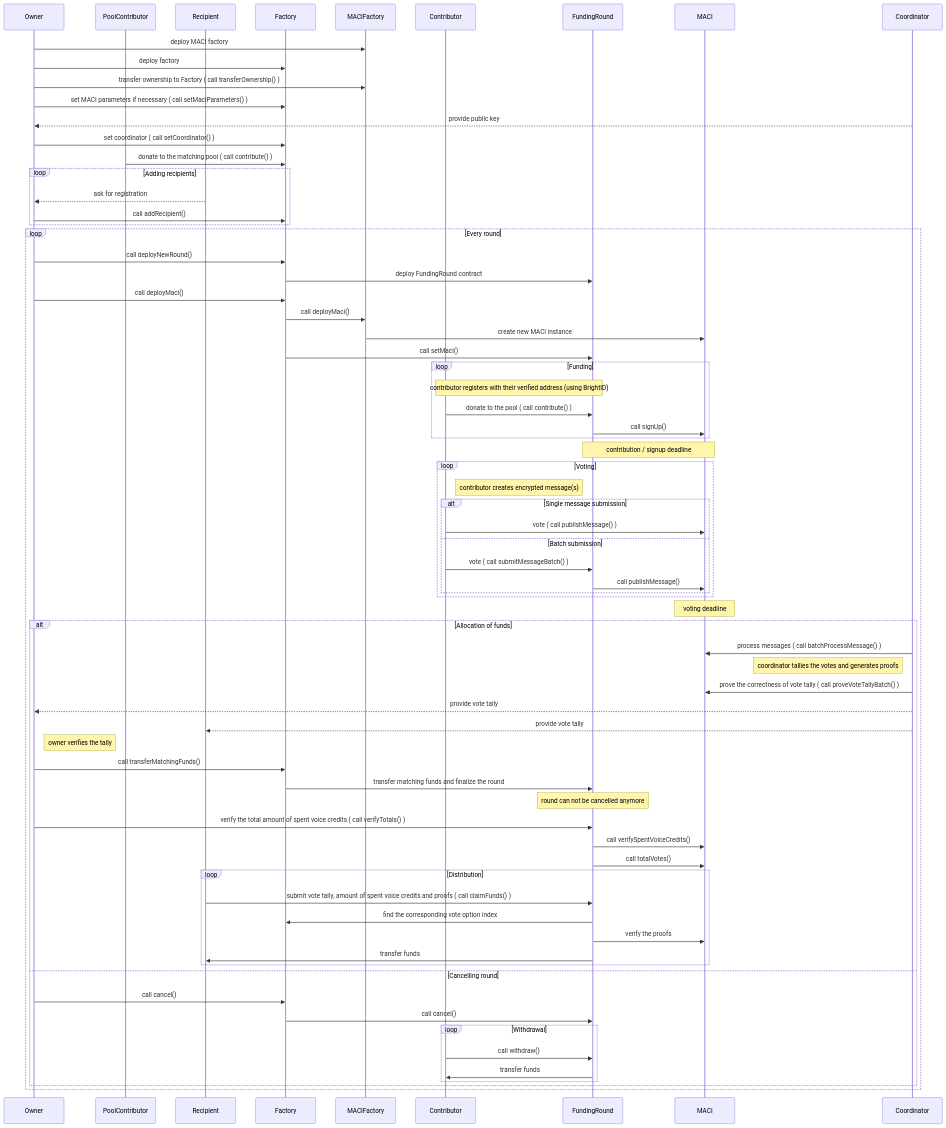
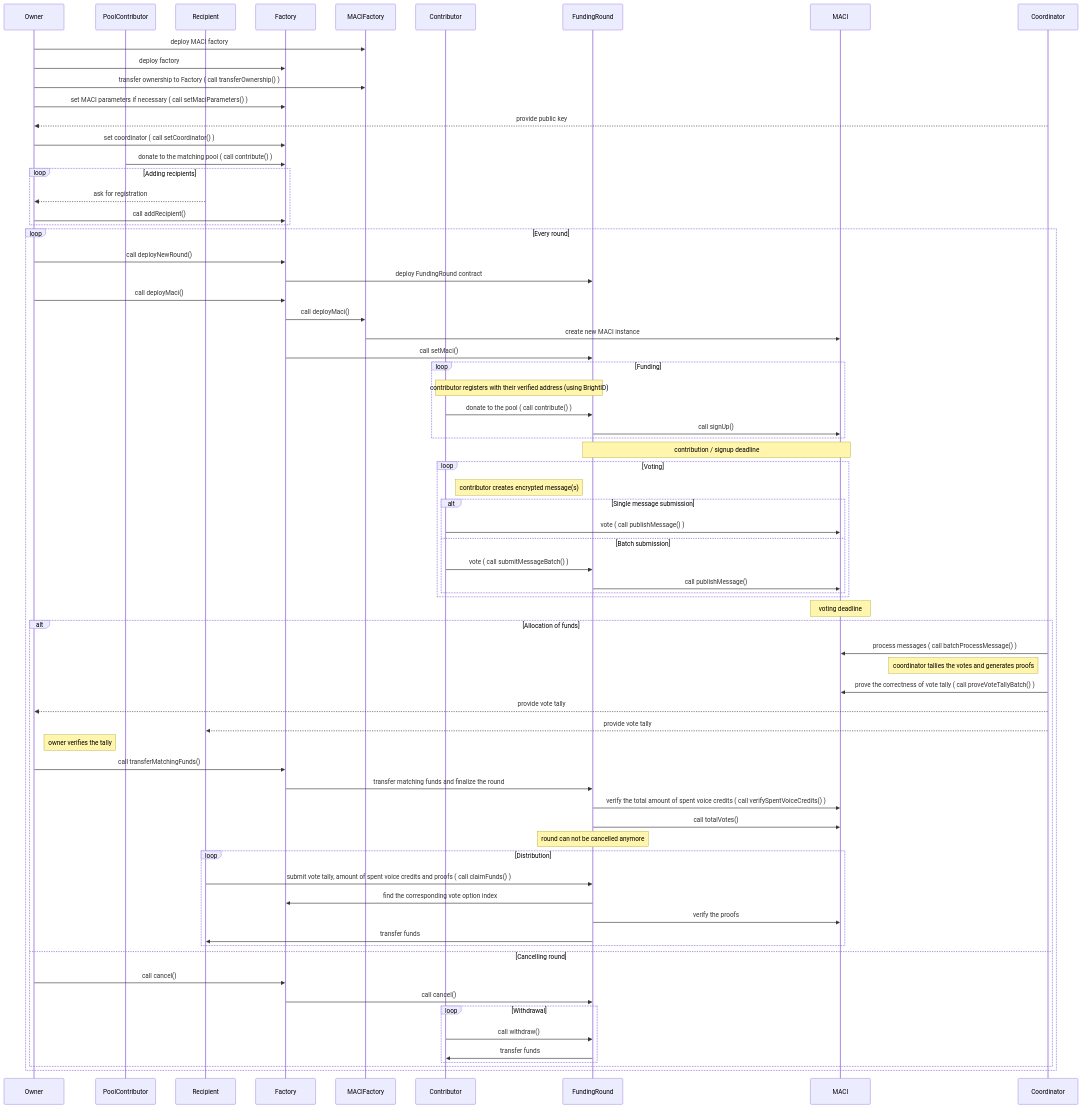
The diagram in docs/clrfund.mmd (goldentechie/clrfund), drawn with Mermaid before and after one commit. The commit also changed 1 other file, not shown here.

Commit message:
Misc: Update sequence diagram

```diff
--- a/docs/clrfund.mmd
+++ b/docs/clrfund.mmd
@@ -1,84 +1,83 @@
 %% To render this diagram, paste the code into the live editor https://mermaid-js.github.io/mermaid-live-editor/ or use Mermaid CLI
 
 sequenceDiagram
     participant Owner
     participant PoolContributor
     participant Recipient
     participant Factory
     participant MACIFactory
     participant Contributor
     participant FundingRound
     participant MACI
     participant Coordinator
     
     Owner ->> MACIFactory: deploy MACI factory
     Owner ->> Factory: deploy factory
     Owner ->> MACIFactory: transfer ownership to Factory ( call transferOwnership() )
     Owner ->> Factory: set MACI parameters if necessary ( call setMaciParameters() )
     Coordinator -->> Owner: provide public key
     Owner ->> Factory: set coordinator ( call setCoordinator() )
     PoolContributor ->> Factory: donate to the matching pool ( call contribute() )
 
     loop Adding recipients
         Recipient -->> Owner: ask for registration
         Owner ->> Factory: call addRecipient()
     end
     
     loop Every round
         Owner ->> Factory: call deployNewRound()
         Factory ->> FundingRound: deploy FundingRound contract
         Owner ->> Factory: call deployMaci()
         Factory ->> MACIFactory: call deployMaci()
         MACIFactory ->> MACI: create new MACI instance
         Factory ->> FundingRound: call setMaci()
         
         loop Funding
             Note over Contributor, FundingRound: contributor registers with their verified address (using BrightID)
             Contributor ->> FundingRound: donate to the pool ( call contribute() )
             FundingRound ->> MACI: call signUp()
         end
         
         Note over FundingRound, MACI: contribution / signup deadline
         
         loop Voting
             Note right of Contributor: contributor creates encrypted message(s)
             alt Single message submission
                 Contributor ->> MACI: vote ( call publishMessage() )
             else Batch submission
                 Contributor ->> FundingRound: vote ( call submitMessageBatch() )
                 FundingRound ->> MACI: call publishMessage()
             end
         end
         
         Note over MACI: voting deadline
 
         alt Allocation of funds
             Coordinator ->> MACI: process messages ( call batchProcessMessage() )
             Note left of Coordinator: coordinator tallies the votes and generates proofs
             Coordinator ->> MACI: prove the correctness of vote tally ( call proveVoteTallyBatch() )
             Coordinator -->> Owner: provide vote tally
             Coordinator -->> Recipient: provide vote tally
             Note right of Owner: owner verifies the tally
             Owner ->> Factory: call transferMatchingFunds()
             Factory ->> FundingRound: transfer matching funds and finalize the round
+            FundingRound ->> MACI: verify the total amount of spent voice credits ( call verifySpentVoiceCredits() )
+            FundingRound ->> MACI: call totalVotes()
             Note over FundingRound: round can not be cancelled anymore
-            Owner ->> FundingRound: verify the total amount of spent voice credits ( call verifyTotals() )
-            FundingRound ->> MACI: call verifySpentVoiceCredits()
-            FundingRound ->> MACI: call totalVotes()
 
             loop Distribution
                 Recipient ->> FundingRound: submit vote tally, amount of spent voice credits and proofs ( call claimFunds() )
                 FundingRound ->> Factory: find the corresponding vote option index
                 FundingRound ->> MACI: verify the proofs
                 FundingRound ->> Recipient: transfer funds
             end
         else Cancelling round
             Owner ->> Factory: call cancel()
             Factory ->> FundingRound: call cancel()
 
             loop Withdrawal
                 Contributor ->> FundingRound: call withdraw()
                 FundingRound ->> Contributor: transfer funds
             end
         end
     end
```
